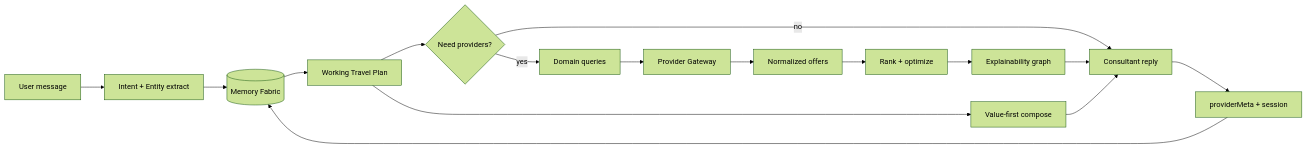
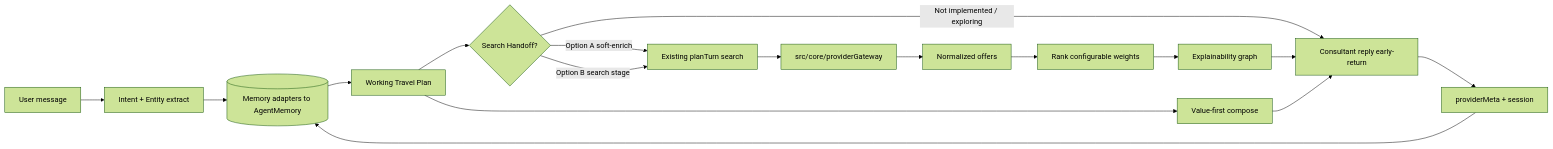
The sixth of 6 diagrams in docs/ARCHITECTURE_TRAVEL_INTELLIGENCE_ENGINE_SPRINT88-95.md (SamiAlamoudi/rahhal-ai-platform), drawn with Mermaid (forest theme) before and after one commit. The commit also changed other lines of this file, not shown here.

First line of the commit message:
docs: revise TIE architecture ADD per review required changes

````diff
--- a/docs/ARCHITECTURE_TRAVEL_INTELLIGENCE_ENGINE_SPRINT88-95.md
+++ b/docs/ARCHITECTURE_TRAVEL_INTELLIGENCE_ENGINE_SPRINT88-95.md
@@ -631,18 +916,19 @@
 ```mermaid
 flowchart LR
   MSG[User message] --> EXT[Intent + Entity extract]
-  EXT --> MEM[(Memory Fabric)]
+  EXT --> MEM[(Memory adapters to AgentMemory)]
   MEM --> PLAN[Working Travel Plan]
   PLAN --> VAL[Value-first compose]
-  PLAN --> NEED{Need providers?}
-  NEED -->|no| REPLY[Consultant reply]
-  NEED -->|yes| Q[Domain queries]
-  Q --> GW[Provider Gateway]
+  PLAN --> HO{Search Handoff?}
+  HO -->|Not implemented / exploring| REPLY[Consultant reply early-return]
+  HO -->|Option A soft-enrich| TOOLS[Existing planTurn search]
+  HO -->|Option B search stage| TOOLS
+  TOOLS --> GW[src/core/providerGateway]
   GW --> OFF[Normalized offers]
-  OFF --> RANK[Rank + optimize]
+  OFF --> RANK[Rank configurable weights]
   RANK --> XAI[Explainability graph]
   XAI --> REPLY
   VAL --> REPLY
   REPLY --> META[providerMeta + session]
   META --> MEM
 ```
````
